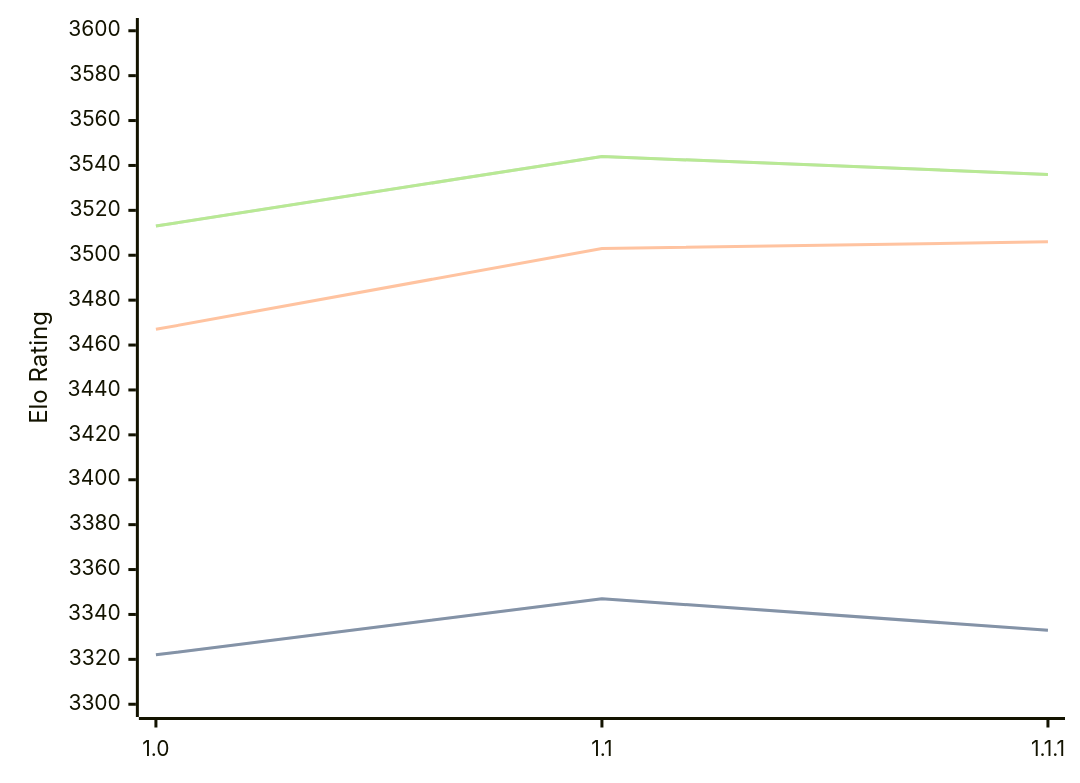
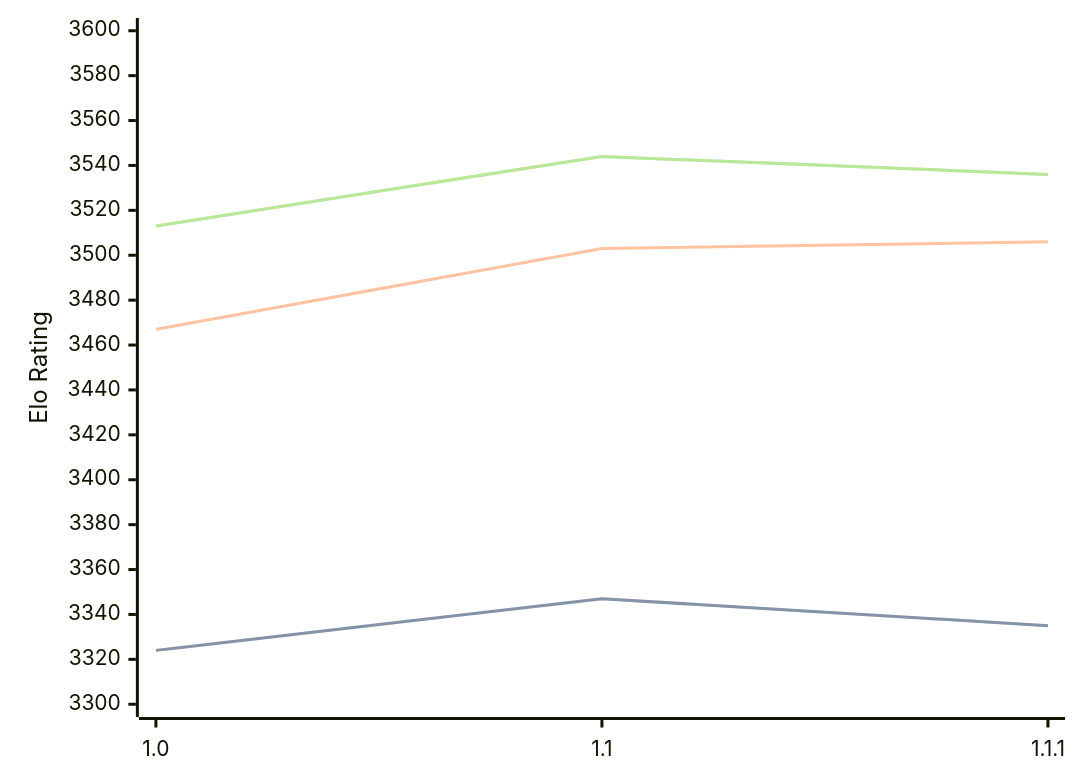
One commit to computer-chess-index/cci changed the diagram in engines/Icarus.md. Above: the diagram before and after it, drawn with Mermaid. The commit also changed other lines of this file, not shown here.

````diff
--- a/engines/Icarus.md
+++ b/engines/Icarus.md
@@ -33,11 +33,11 @@
 ```mermaid
 %%{init: {"theme":"base","themeVariables":{"seriesColors:['#a3a3a3','#222221','#faa371']}}}%%
 xychart-beta
   x-axis ["1.0", "1.1", "1.1.1"]
   y-axis "Elo Rating" 3300 --> 3600
-  line "" [3322, 3347, 3333]
-  line "STC (8.0+0.08s)" [3322, 3347, 3333]
+  line "" [3324, 3347, 3335]
+  line "STC (8.0+0.08s)" [3324, 3347, 3335]
   line "LTC (60.0+0.60s)" [3467, 3503, 3506]
   line "" [3513, 3544, 3536]
   line "VLTC (2m24s+1.12s)" [3513, 3544, 3536]
 ```
````
